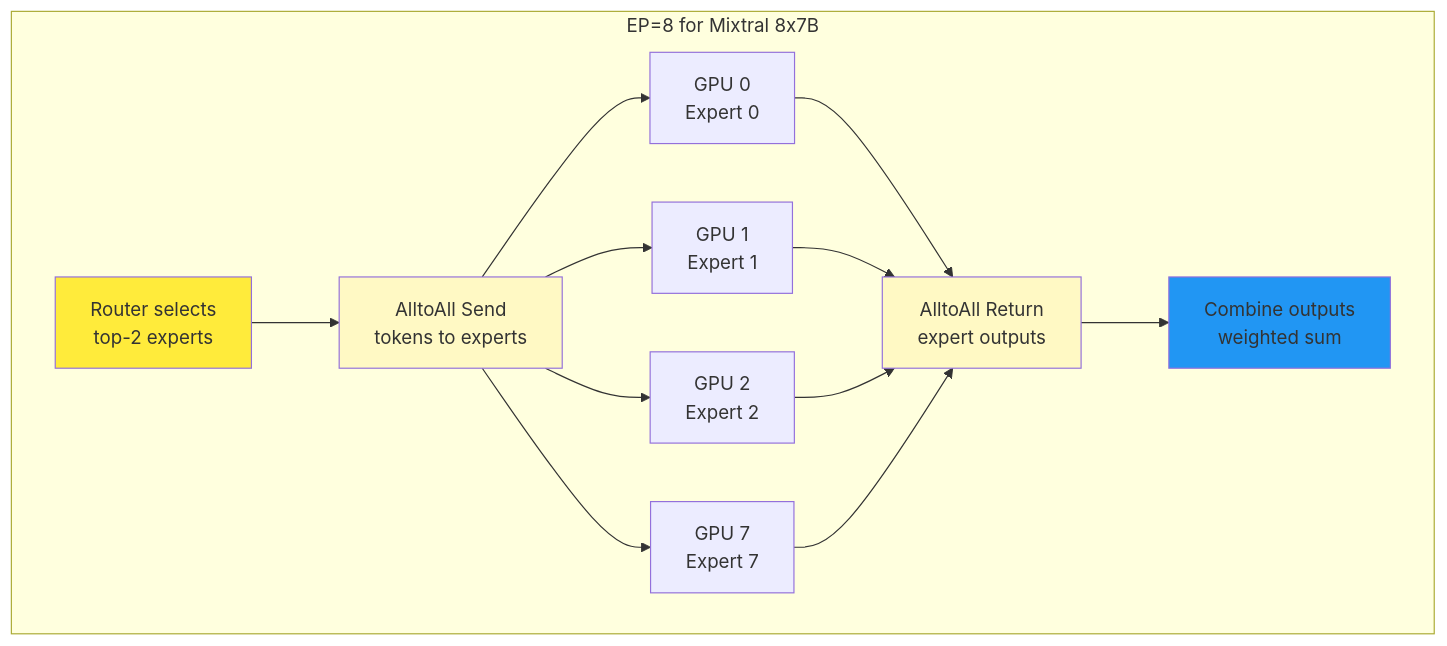
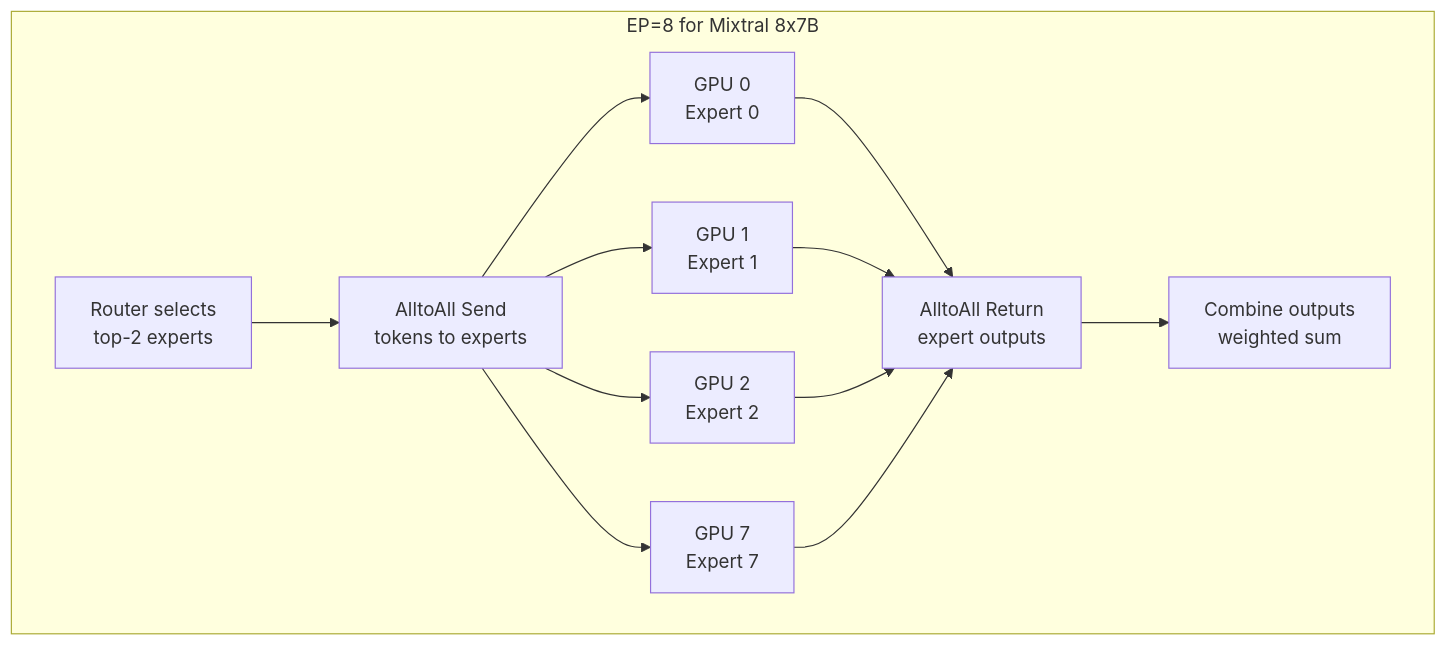
Before and after one commit to farhanshaikh-fslabs/anatomy-of-inference-serving: diagram 36 of 39 in README.md, drawn with Mermaid. The commit also changed other lines of this file, not shown here.

````diff
--- a/README.md
+++ b/README.md
@@ -1587,33 +1587,33 @@
 ```mermaid
 graph TB
     subgraph EPArch["EP=8 for Mixtral 8x7B"]
         GPU0["GPU 0<br/>Expert 0"]
         GPU1["GPU 1<br/>Expert 1"]
         GPU2["GPU 2<br/>Expert 2"]
         GPU7["GPU 7<br/>Expert 7"]
         
         AlltoAll1["AlltoAll Send<br/>tokens to experts"]
         AlltoAll2["AlltoAll Return<br/>expert outputs"]
         
         Router["Router selects<br/>top-2 experts"]
         
         Router --> AlltoAll1
         AlltoAll1 --> GPU0
         AlltoAll1 --> GPU1
         AlltoAll1 --> GPU2
         AlltoAll1 --> GPU7
         
         GPU0 --> AlltoAll2
         GPU1 --> AlltoAll2
         GPU2 --> AlltoAll2
         GPU7 --> AlltoAll2
         
         Combine["Combine outputs<br/>weighted sum"]
         AlltoAll2 --> Combine
     end
     
-    style Router fill:#ffeb3b
-    style AlltoAll1 fill:#fff9c4
-    style AlltoAll2 fill:#fff9c4
-    style Combine fill:#2196f3
+
+
+
+
 ```
````
